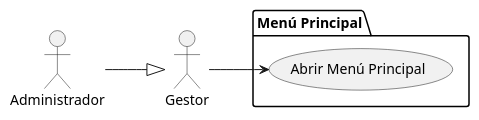
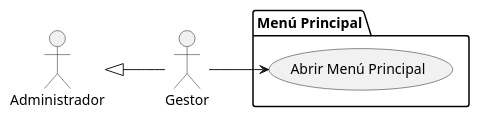
Before and after one commit to mmasias/24-25-IdSw1-SDR: the diagram in docs/casosDeUso/diagramaCasosDeUso/menuPrincipal/abrirMenuPrincipal.puml, drawn with PlantUML. The commit also changed 11 other files, not shown here.

Commit message:
Corrige la dirección de la relación entre Administrador y Usuario en varios diagramas de casos de uso

```diff
--- a/docs/casosDeUso/diagramaCasosDeUso/menuPrincipal/abrirMenuPrincipal.puml
+++ b/docs/casosDeUso/diagramaCasosDeUso/menuPrincipal/abrirMenuPrincipal.puml
@@ -1,12 +1,12 @@
 @startuml abrirMenuPrincipal
 left to right direction
 actor "Administrador" as Administrador
 actor "Gestor" as Usuario
 
 package "Menú Principal" {
     usecase "Abrir Menú Principal" as MS1
 }
 
-Administrador --|> Usuario
+Administrador <|-- Usuario
 Usuario --> MS1
 @enduml
```
